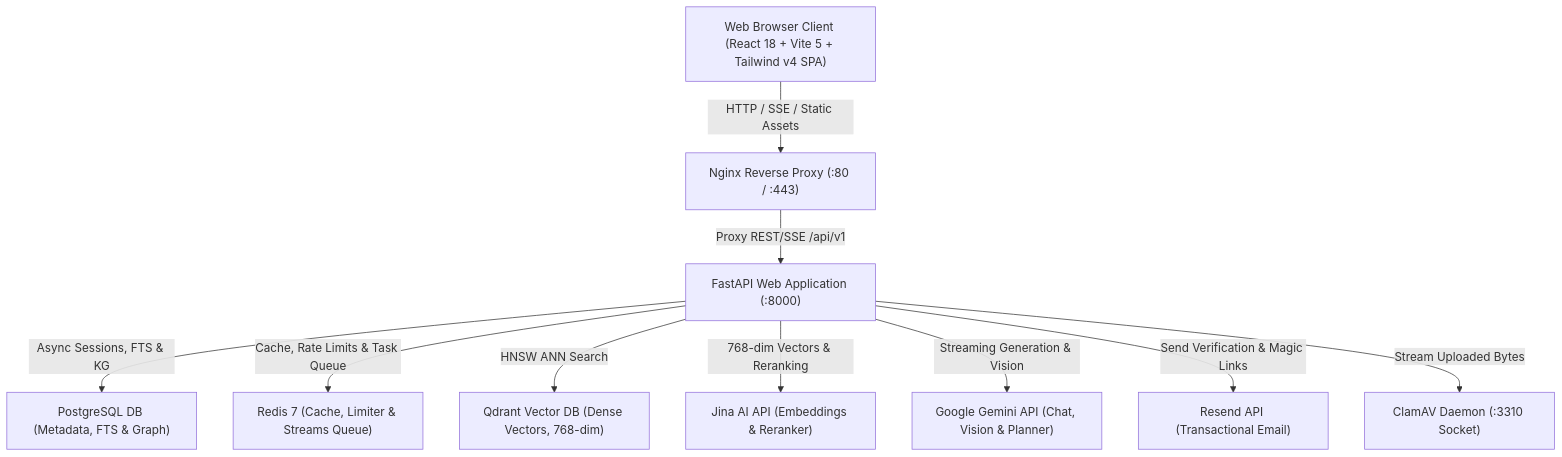
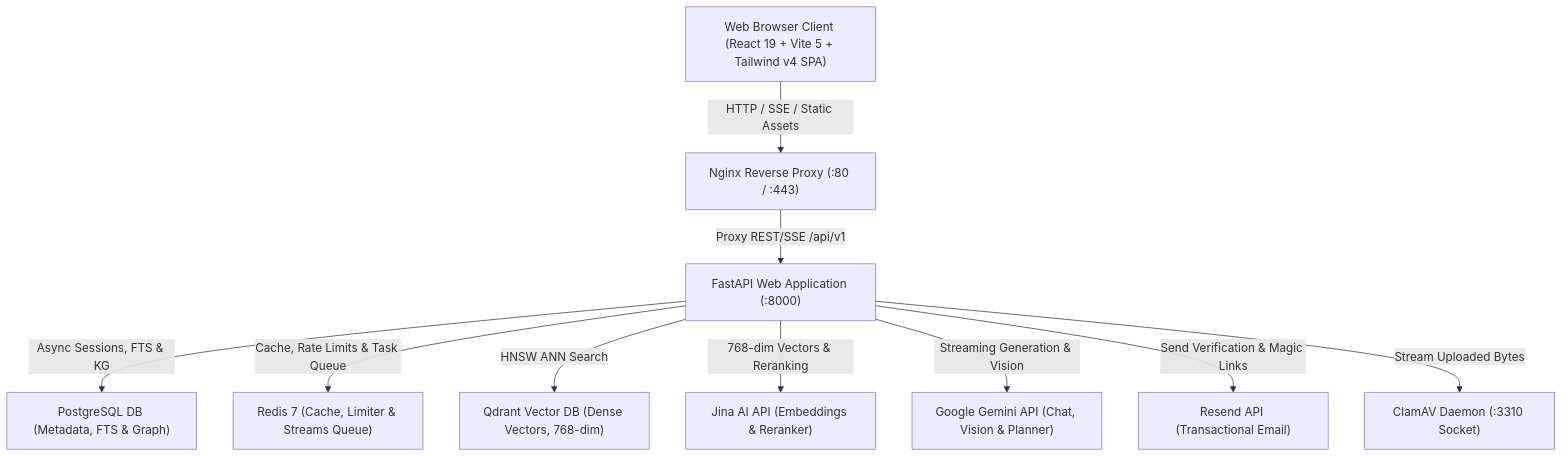
The diagram in README.md (Satya-Naraharisetty/FusionRAG), drawn with Mermaid before and after one commit. The commit also changed other lines of this file and 30 other files, not shown here.

````diff
--- a/README.md
+++ b/README.md
@@ -94,23 +94,23 @@
 ```mermaid
 graph TD
-    User["Web Browser Client (React 18 + Vite 5 + Tailwind v4 SPA)"]
+    User["Web Browser Client (React 19 + Vite 5 + Tailwind v4 SPA)"]
     Nginx["Nginx Reverse Proxy (:80 / :443)"]
     FastAPI["FastAPI Web Application (:8000)"]
     Postgres["PostgreSQL DB (Metadata, FTS & Graph)"]
     Redis["Redis 7 (Cache, Limiter & Streams Queue)"]
     Qdrant["Qdrant Vector DB (Dense Vectors, 768-dim)"]
     Jina["Jina AI API (Embeddings & Reranker)"]
     Gemini["Google Gemini API (Chat, Vision & Planner)"]
     Resend["Resend API (Transactional Email)"]
     ClamAV["ClamAV Daemon (:3310 Socket)"]
 
     User -->|HTTP / SSE / Static Assets| Nginx
     Nginx -->|Proxy REST/SSE /api/v1| FastAPI
     FastAPI -->|Async Sessions, FTS & KG| Postgres
     FastAPI -->|Cache, Rate Limits & Task Queue| Redis
     FastAPI -->|HNSW ANN Search| Qdrant
     FastAPI -->|768-dim Vectors & Reranking| Jina
     FastAPI -->|Streaming Generation & Vision| Gemini
     FastAPI -->|Send Verification & Magic Links| Resend
     FastAPI -->|Stream Uploaded Bytes| ClamAV
 ```
````
